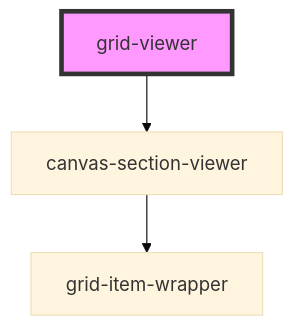
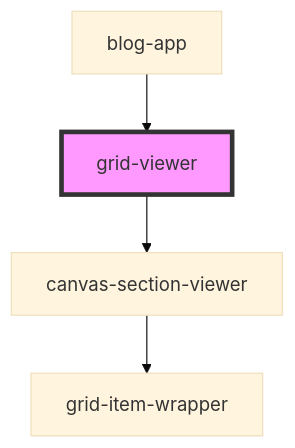
One commit to lucidworks/grid-builder-poc changed the diagram in stencil-grid-builder/src/components/grid-viewer/readme.md. Above: the diagram before and after it, drawn with Mermaid (base theme). The commit also changed other lines of this file and 5 other files, not shown here.

````diff
--- a/stencil-grid-builder/src/components/grid-viewer/readme.md
+++ b/stencil-grid-builder/src/components/grid-viewer/readme.md
@@ -43,6 +47,7 @@
 ```mermaid
 graph TD;
   grid-viewer --> canvas-section-viewer
   canvas-section-viewer --> grid-item-wrapper
+  blog-app --> grid-viewer
   style grid-viewer fill:#f9f,stroke:#333,stroke-width:4px
 ```
````
